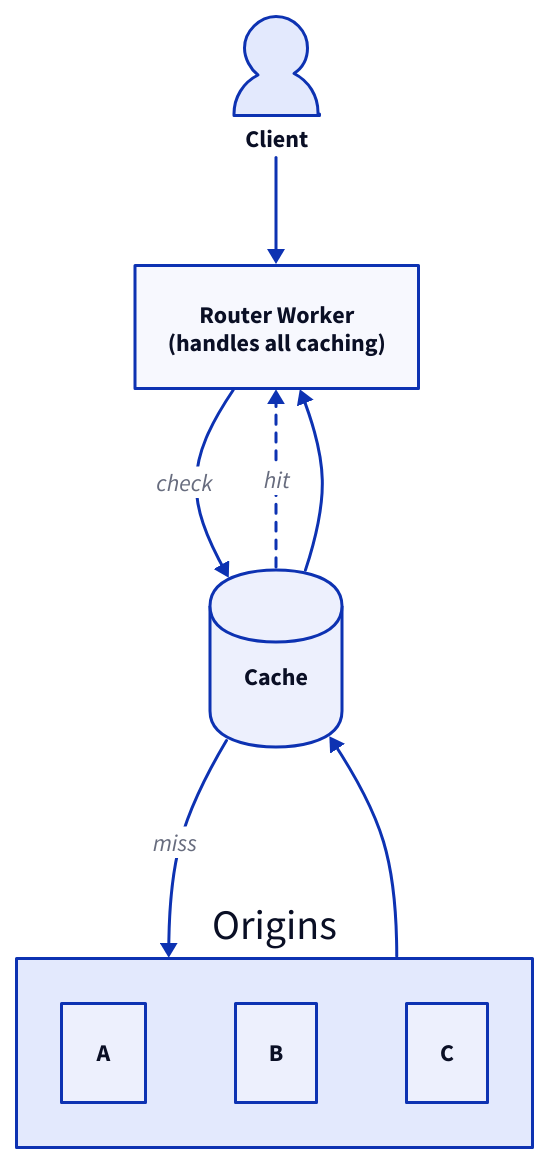
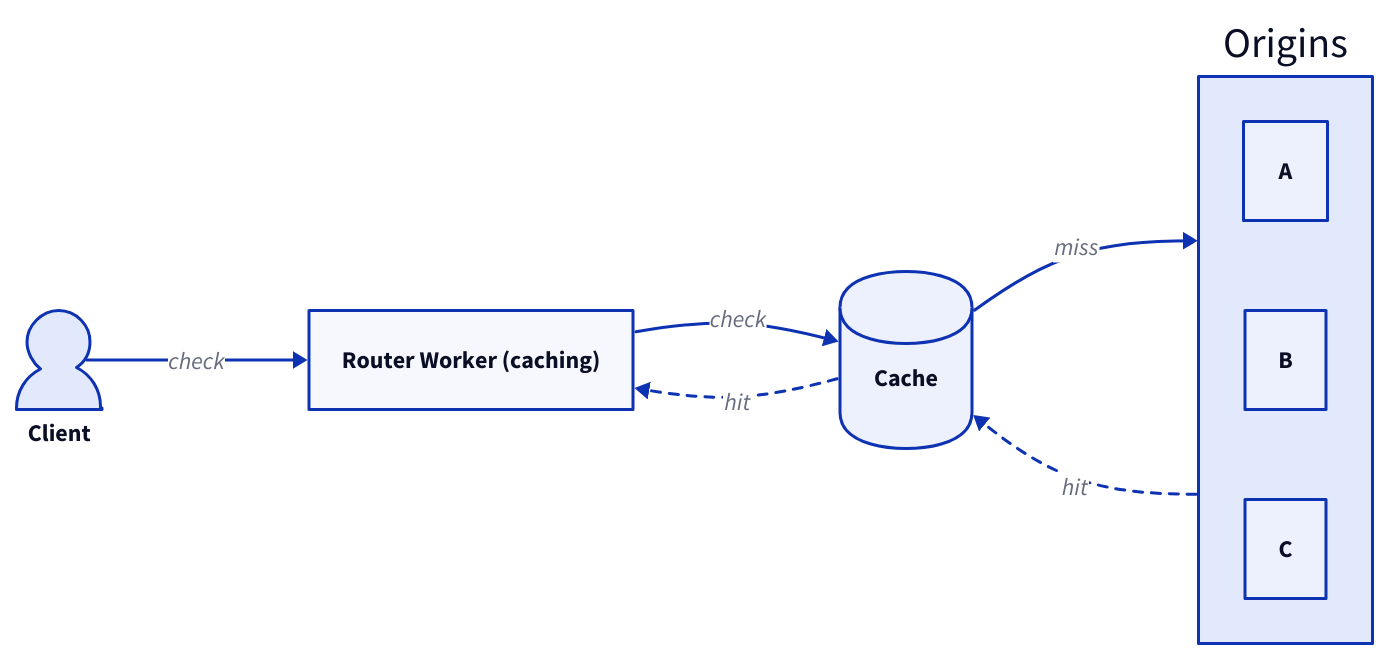
The third of 4 diagrams in src/content/docs/reference/caching.mdx (erfianugrah/lexicanum), drawn with D2 before and after one commit. The commit also changed other lines of this file and 4 other files, not shown here.

First line of the commit message:
docs: update GH Actions guide and optimize D2 diagram layouts

````diff
--- a/src/content/docs/reference/caching.mdx
+++ b/src/content/docs/reference/caching.mdx
@@ -533,29 +533,16 @@
 ```d2
-direction: down
+direction: right
 
-client: Client {
-  shape: person
-}
-
-router: Router Worker {
-  label: "Router Worker\n(handles all caching)"
-}
-
-cache: Cache {
-  shape: cylinder
-}
-
+client: Client {shape: person}
+router: Router Worker (caching)
+cache: Cache {shape: cylinder}
 origins: Origins {
   a: A
   b: B
   c: C
 }
 
-client -> router
-router -> cache: check
-cache -> router: hit {
-  style.stroke-dash: 3
-}
+client -> router -> cache: check
 cache -> origins: miss
-origins -> cache -> router
+origins -> cache -> router: hit {style.stroke-dash: 3}
 ```
````
